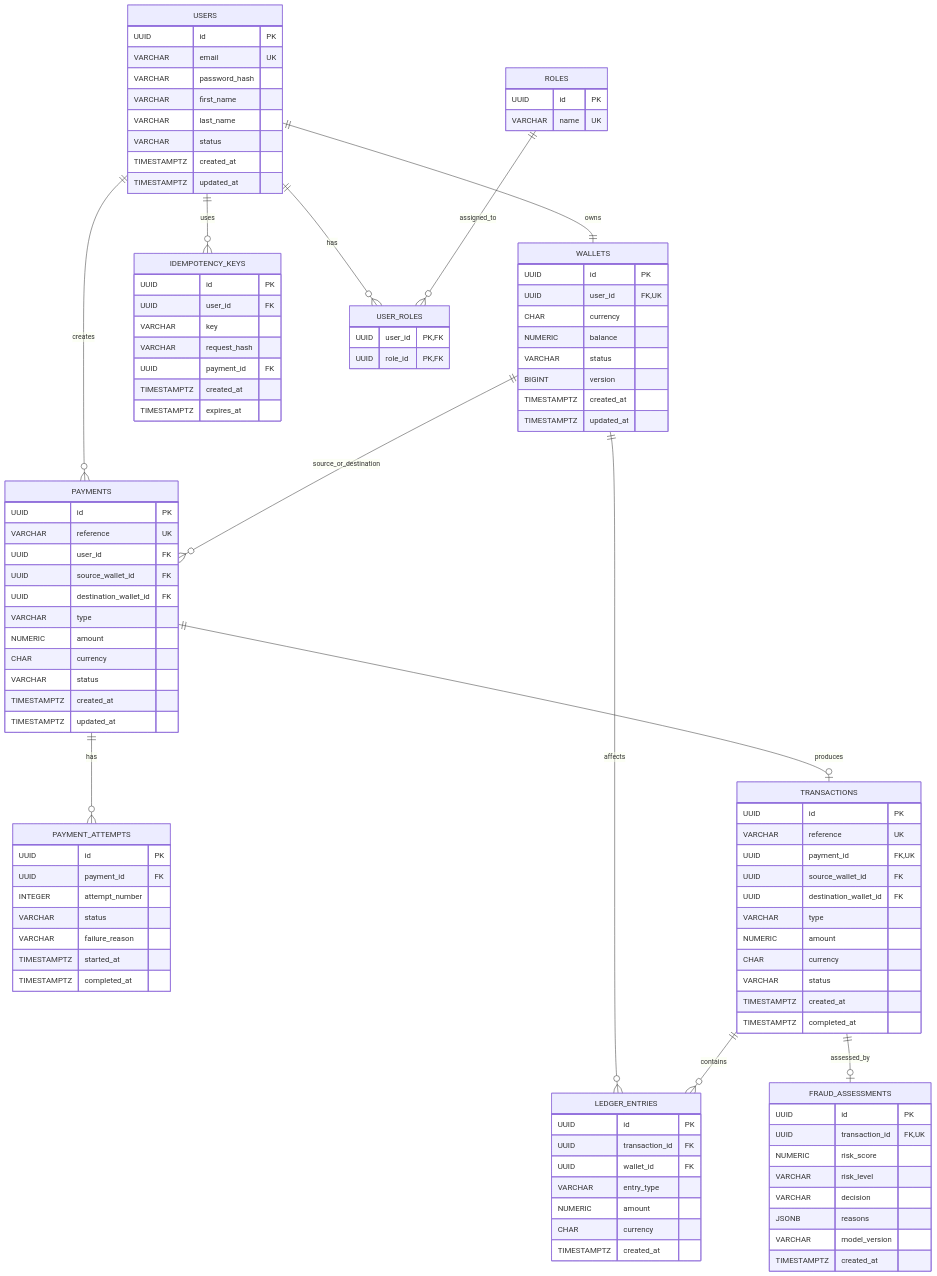
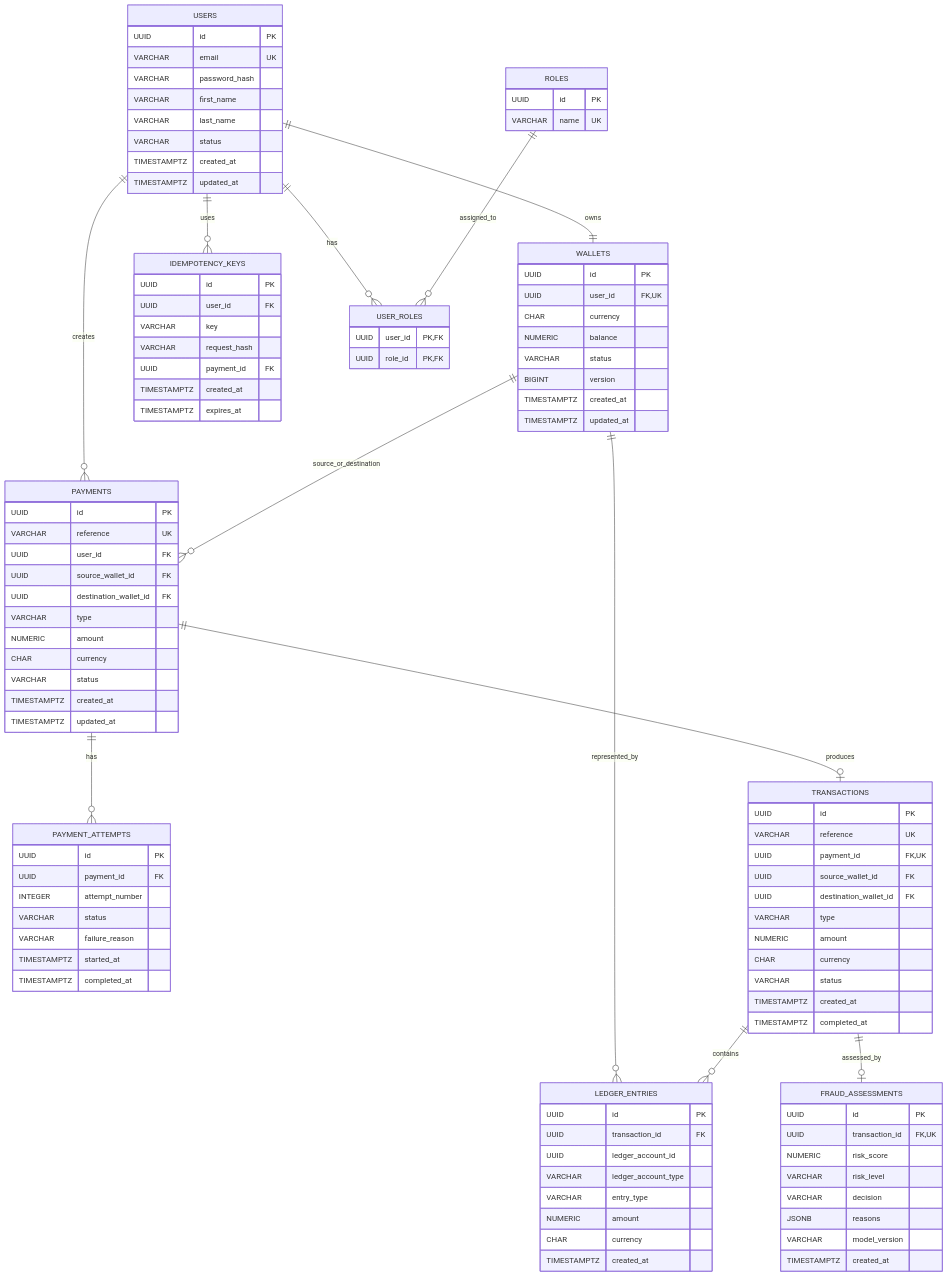
Before and after one commit to PranayIngole7/payflow: the diagram in docs/er-diagram.md, drawn with Mermaid. The commit also changed other lines of this file and 3 other files, not shown here.

```diff
--- a/docs/er-diagram.md
+++ b/docs/er-diagram.md
@@ -33,7 +35,7 @@
     ROLES ||--o{ USER_ROLES : assigned_to
 
     WALLETS ||--o{ PAYMENTS : source_or_destination
-    WALLETS ||--o{ LEDGER_ENTRIES : affects
+    WALLETS ||--o{ LEDGER_ENTRIES : represented_by
 
     PAYMENTS ||--o{ PAYMENT_ATTEMPTS : has
     PAYMENTS ||--o| TRANSACTIONS : produces
@@ -114,7 +116,8 @@
     LEDGER_ENTRIES {
         UUID id PK
         UUID transaction_id FK
-        UUID wallet_id FK
+        UUID ledger_account_id
+        VARCHAR ledger_account_type
         VARCHAR entry_type
         NUMERIC amount
         CHAR currency
```
